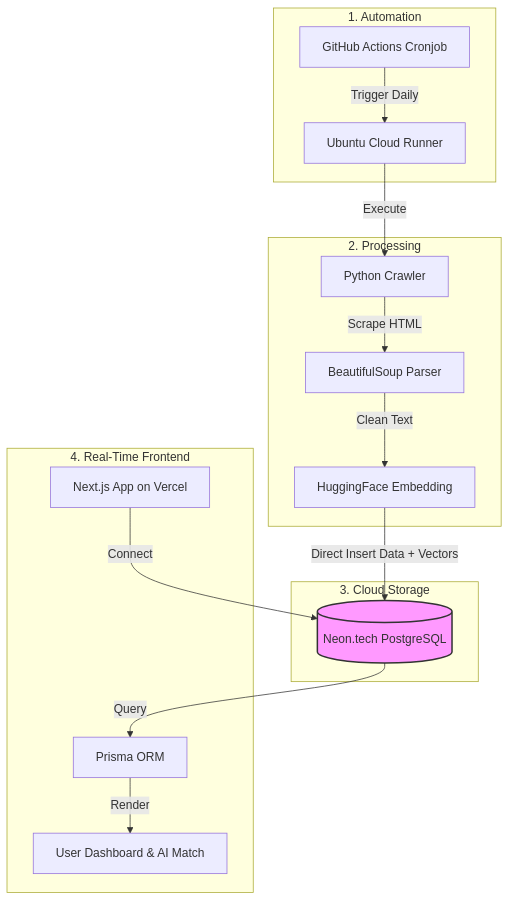
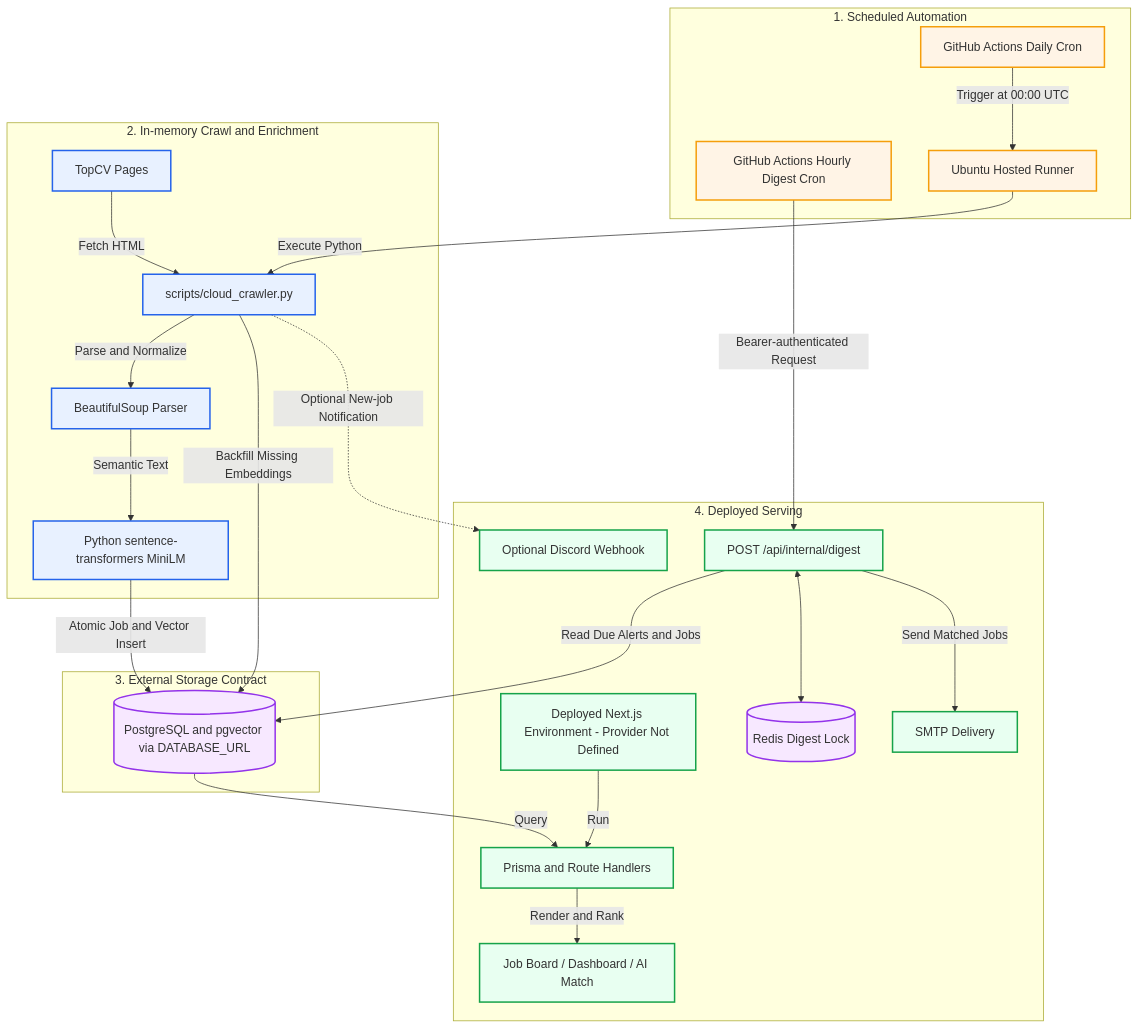
The second of 2 diagrams in README.md (kina2711/polaris-data-jobs-platform), drawn with Mermaid before and after one commit. The commit also changed other lines of this file and 143 other files, not shown here.

````diff
--- a/README.md
+++ b/README.md
@@ -129,39 +241,58 @@
 ```mermaid
 graph TD
     %% Automation
-    subgraph Automation [1. Automation]
-        cron[GitHub Actions Cronjob]
-        runner[Ubuntu Cloud Runner]
+    subgraph Automation [1. Scheduled Automation]
+        dailyCron[GitHub Actions Daily Cron]
+        digestCron[GitHub Actions Hourly Digest Cron]
+        runner[Ubuntu Hosted Runner]
     end
-    cron -- Trigger Daily --> runner
+    dailyCron -- Trigger at 00:00 UTC --> runner
 
-    %% Processing
-    subgraph Processing [2. Processing]
-        crawler[Python Crawler]
-        bs4[BeautifulSoup Parser]
-        hf[HuggingFace Embedding]
+    %% Crawl processing
+    subgraph Processing [2. In-memory Crawl and Enrichment]
+        cloudCrawler[scripts/cloud_crawler.py]
+        topcv[TopCV Pages]
+        parser[BeautifulSoup Parser]
+        sentenceModel[Python sentence-transformers MiniLM]
     end
-    runner -- Execute --> crawler
-    crawler -- Scrape HTML --> bs4
-    bs4 -- Clean Text --> hf
+    runner -- Execute Python --> cloudCrawler
+    topcv -- Fetch HTML --> cloudCrawler
+    cloudCrawler -- Parse and Normalize --> parser
+    parser -- Semantic Text --> sentenceModel
 
-    %% Storage
-    subgraph Storage [3. Cloud Storage]
-        neon[(Neon.tech PostgreSQL)]
+    %% Cloud persistence
+    subgraph Storage [3. External Storage Contract]
+        cloudPg[(PostgreSQL and pgvector via DATABASE_URL)]
     end
-    hf -- Direct Insert Data + Vectors --> neon
+    sentenceModel -- Atomic Job and Vector Insert --> cloudPg
+    cloudCrawler -- Backfill Missing Embeddings --> cloudPg
 
-    %% Frontend
-    subgraph Frontend [4. Real-Time Frontend]
-        vercel[Next.js App on Vercel]
-        prisma[Prisma ORM]
-        ui[User Dashboard & AI Match]
+    %% Deployed serving
+    subgraph Frontend [4. Deployed Serving]
+        deployedWeb[Deployed Next.js Environment - Provider Not Defined]
+        prisma[Prisma and Route Handlers]
+        ui[Job Board / Dashboard / AI Match]
+        digestAPI[POST /api/internal/digest]
+        cloudRedis[(Redis Digest Lock)]
+        smtp[SMTP Delivery]
+        discord[Optional Discord Webhook]
     end
-    neon -- Query --> prisma
-    prisma -- Render --> ui
-    vercel -- Connect --> neon
+    cloudPg -- Query --> prisma
+    deployedWeb -- Run --> prisma
+    prisma -- Render and Rank --> ui
+    digestCron -- Bearer-authenticated Request --> digestAPI
+    digestAPI -- Read Due Alerts and Jobs --> cloudPg
+    digestAPI <--> cloudRedis
+    digestAPI -- Send Matched Jobs --> smtp
+    cloudCrawler -. Optional New-job Notification .-> discord
 
     %% Styling
-    classDef storage fill:#f9f,stroke:#333,stroke-width:2px;
-    class neon storage;
+    classDef automation fill:#fff4e6,stroke:#f59e0b,stroke-width:2px;
+    classDef process fill:#e8f1ff,stroke:#2563eb,stroke-width:2px;
+    classDef storage fill:#f7e8ff,stroke:#9333ea,stroke-width:2px;
+    classDef serving fill:#e8fff1,stroke:#16a34a,stroke-width:2px;
+    class dailyCron,digestCron,runner automation;
+    class cloudCrawler,topcv,parser,sentenceModel process;
+    class cloudPg,cloudRedis storage;
+    class deployedWeb,prisma,ui,digestAPI,smtp,discord serving;
 ```
````
